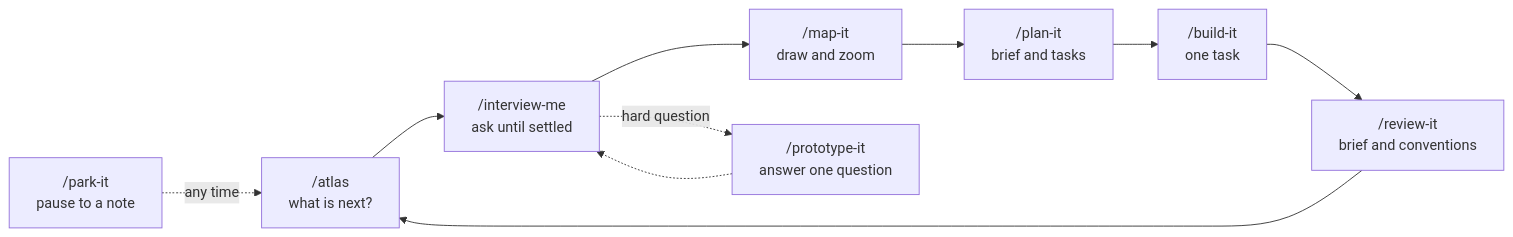
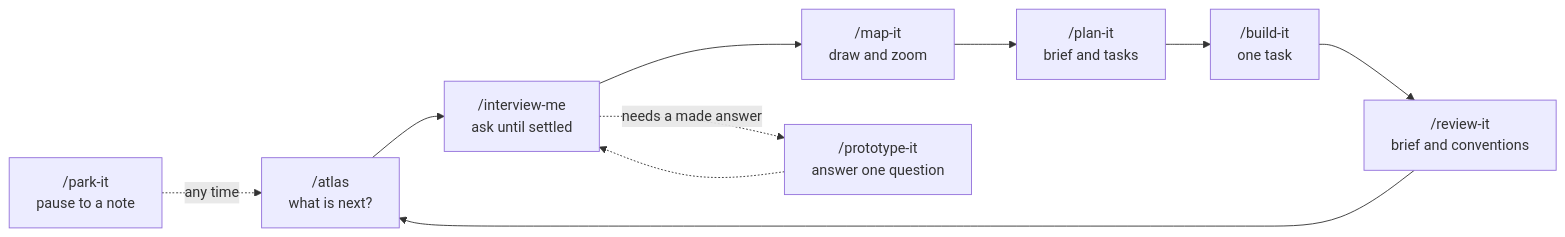
Before and after one commit to somethingdarkside1/atlas-skills: the first of 2 diagrams in README.md, drawn with Mermaid. The commit also changed other lines of this file and 4 other files, not shown here.

````diff
--- a/README.md
+++ b/README.md
@@ -59,15 +59,15 @@
 ```mermaid
 flowchart LR
   atlas["/atlas<br/>what is next?"]
   interview["/interview-me<br/>ask until settled"]
   map["/map-it<br/>draw and zoom"]
   plan["/plan-it<br/>brief and tasks"]
   build["/build-it<br/>one task"]
   review["/review-it<br/>brief and conventions"]
   prototype["/prototype-it<br/>answer one question"]
   handoff["/park-it<br/>pause to a note"]
 
   atlas --> interview --> map --> plan --> build --> review --> atlas
-  interview -. hard question .-> prototype -.-> interview
+  interview -. needs a made answer .-> prototype -.-> interview
   handoff -. any time .-> atlas
 ```
````
